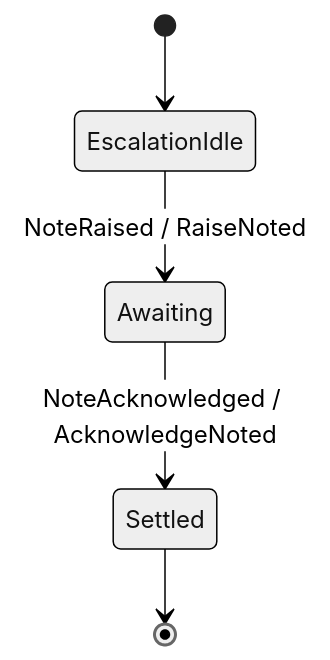
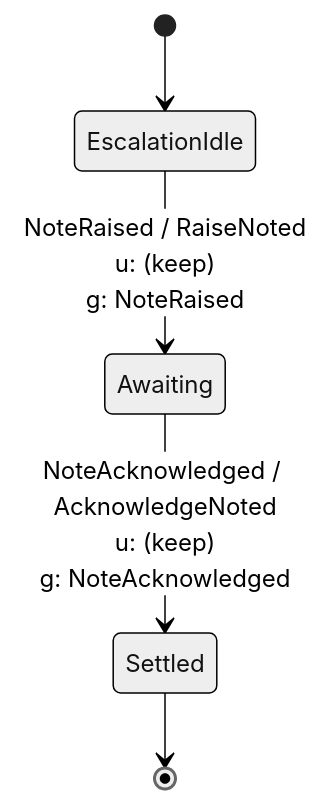
Before and after one commit to shinzui/keiro: the third of 3 diagrams in docs/guides/coordinating-incident-response-with-routers-and-process-managers.md, drawn with Mermaid (neutral theme). The commit also changed other lines of this file and 17 other files, not shown here.

First line of the commit message:
feat(diagrams): adopt readable Keiki 0.8 rendering

````diff
--- a/docs/guides/coordinating-incident-response-with-routers-and-process-managers.md
+++ b/docs/guides/coordinating-incident-response-with-routers-and-process-managers.md
@@ -148,7 +148,7 @@
 ```mermaid
 stateDiagram-v2
     [*] --> EscalationIdle
-    EscalationIdle --> Awaiting : NoteRaised / RaiseNoted
-    Awaiting --> Settled : NoteAcknowledged / AcknowledgeNoted
+    EscalationIdle --> Awaiting : NoteRaised / RaiseNoted<br/>u: (keep)<br/>g: NoteRaised
+    Awaiting --> Settled : NoteAcknowledged / AcknowledgeNoted<br/>u: (keep)<br/>g: NoteAcknowledged
     Settled --> [*]
 ```
````
